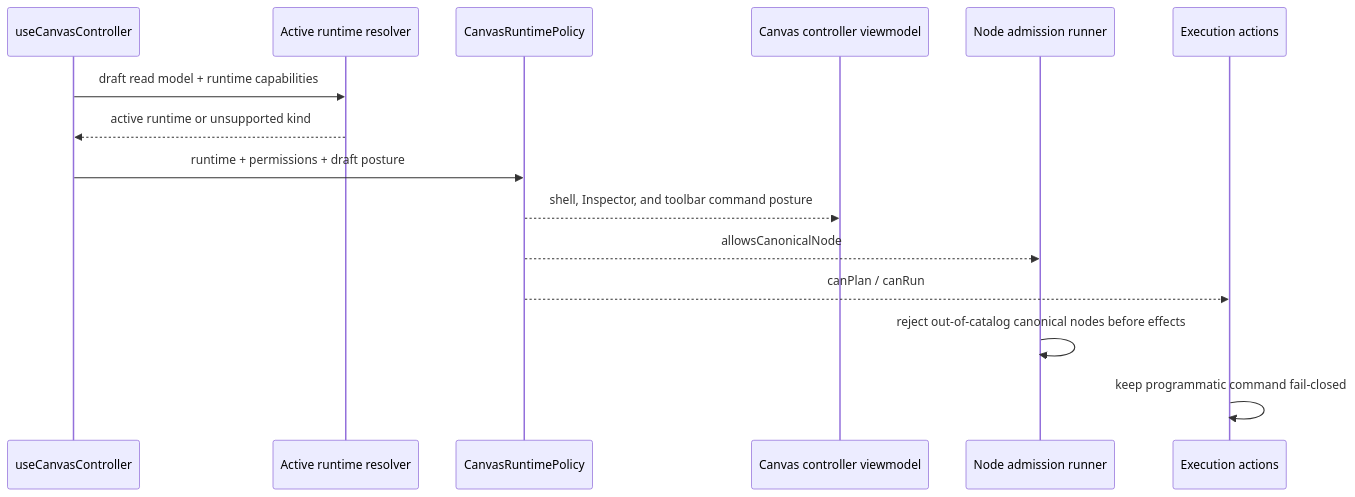
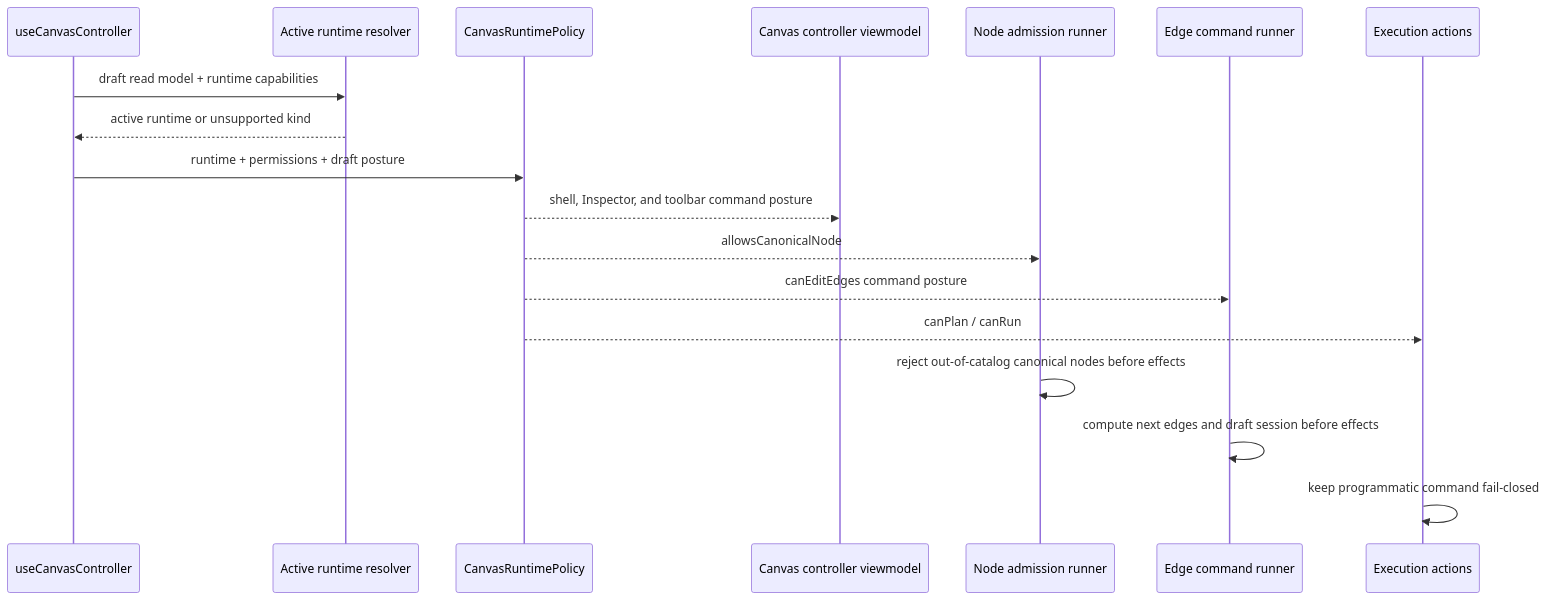
The sixth of 8 diagrams in docs/architecture/components/web/graph/graph-frontend-architecture.md (dunay2/dvt), drawn with Mermaid before and after one commit. The commit also changed other lines of this file and 11 other files, not shown here.

Commit message:
fix(web): Serialize Canvas edge command effects

````diff
--- a/docs/architecture/components/web/graph/graph-frontend-architecture.md
+++ b/docs/architecture/components/web/graph/graph-frontend-architecture.md
@@ -303,18 +310,21 @@
 ```mermaid
 sequenceDiagram
   participant Route as useCanvasController
   participant Runtime as Active runtime resolver
   participant Policy as CanvasRuntimePolicy
   participant VM as Canvas controller viewmodel
   participant Runner as Node admission runner
+  participant EdgeRunner as Edge command runner
   participant Exec as Execution actions
 
   Route->>Runtime: draft read model + runtime capabilities
   Runtime-->>Route: active runtime or unsupported kind
   Route->>Policy: runtime + permissions + draft posture
   Policy-->>VM: shell, Inspector, and toolbar command posture
   Policy-->>Runner: allowsCanonicalNode
+  Policy-->>EdgeRunner: canEditEdges command posture
   Policy-->>Exec: canPlan / canRun
   Runner->>Runner: reject out-of-catalog canonical nodes before effects
+  EdgeRunner->>EdgeRunner: compute next edges and draft session before effects
   Exec->>Exec: keep programmatic command fail-closed
 ```
````
